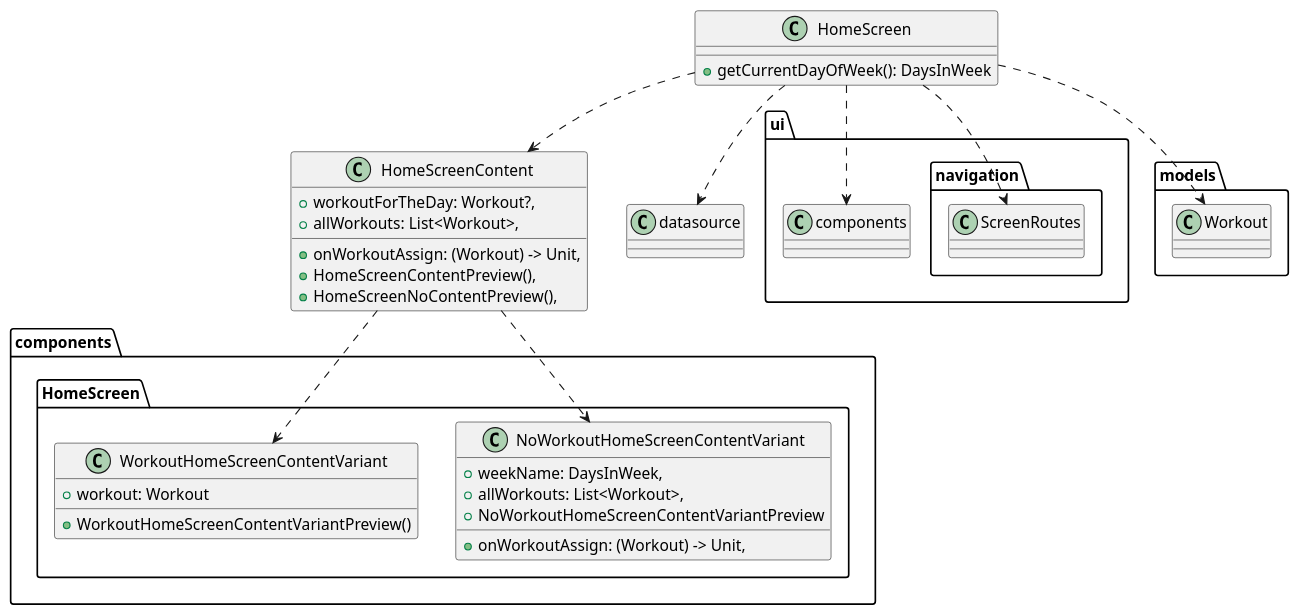
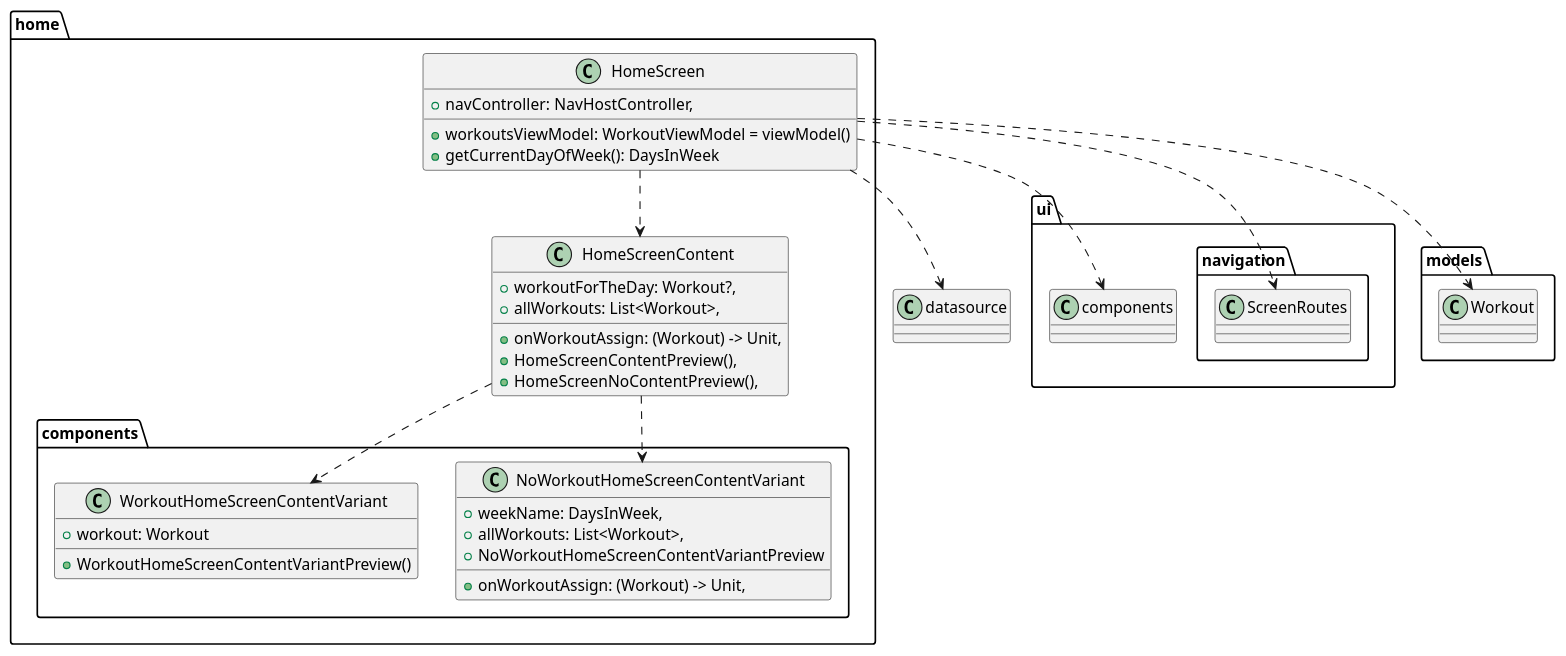
The diagram in app/src/main/java/uk/ac/aber/dcs/cs31620/jud28/workoutplanner/ui/screens/home/Home.puml (gishsi/WorkoutPlanner), drawn with PlantUML before and after one commit. The commit also changed 3 other files, not shown here.

```diff
--- a/app/src/main/java/uk/ac/aber/dcs/cs31620/jud28/workoutplanner/ui/screens/home/Home.puml
+++ b/app/src/main/java/uk/ac/aber/dcs/cs31620/jud28/workoutplanner/ui/screens/home/Home.puml
@@ -1,37 +1,42 @@
 @startuml
+namespace home {
 class HomeScreen {
++ navController: NavHostController,
+    + workoutsViewModel: WorkoutViewModel = viewModel()
    + getCurrentDayOfWeek(): DaysInWeek
 }
 class HomeScreenContent {
     + workoutForTheDay: Workout?,
     + allWorkouts: List<Workout>,
     + onWorkoutAssign: (Workout) -> Unit,
     + HomeScreenContentPreview(),
     + HomeScreenNoContentPreview(),
 }
 
-namespace components.HomeScreen {
+namespace components {
     class NoWorkoutHomeScreenContentVariant {
         + weekName: DaysInWeek,
         + allWorkouts: List<Workout>,
         + onWorkoutAssign: (Workout) -> Unit,
         + NoWorkoutHomeScreenContentVariantPreview
     }
     class WorkoutHomeScreenContentVariant {
         + workout: Workout
         + WorkoutHomeScreenContentVariantPreview()
     }
+}
+
 }
 
 
 HomeScreen ..> HomeScreenContent
 HomeScreenContent ..> NoWorkoutHomeScreenContentVariant
 HomeScreenContent ..> WorkoutHomeScreenContentVariant
 
 HomeScreen ..> datasource
 HomeScreen ..> ui.components
 HomeScreen ..> models.Workout
 
 HomeScreen ..> ui.navigation.ScreenRoutes
 
 @enduml
```
